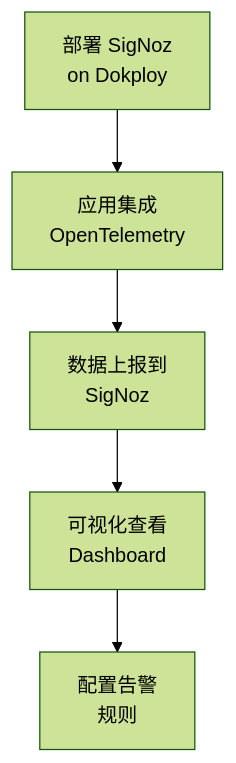
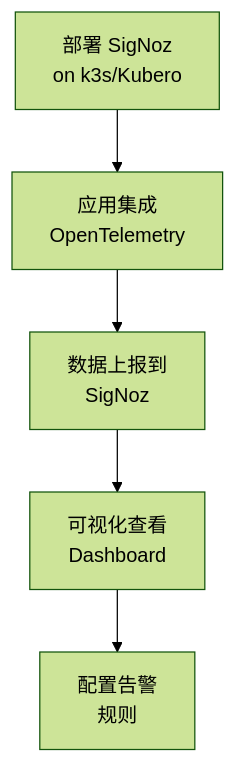
The sixth of 8 diagrams in docs/specs/tech/TRD-004.env_eaas_implementation.md (wangzitian0/PEG-scaner), drawn with Mermaid (forest theme) before and after one commit. The commit also changed other lines of this file and 9 other files, not shown here.

````diff
--- a/docs/specs/tech/TRD-004.env_eaas_implementation.md
+++ b/docs/specs/tech/TRD-004.env_eaas_implementation.md
@@ -189,7 +188,7 @@
 ```mermaid
 graph TB
-    A[部署 SigNoz<br/>on Dokploy] --> B[应用集成<br/>OpenTelemetry]
+    A[部署 SigNoz<br/>on k3s/Kubero] --> B[应用集成<br/>OpenTelemetry]
     B --> C[数据上报到<br/>SigNoz]
     C --> D[可视化查看<br/>Dashboard]
     D --> E[配置告警<br/>规则]
 ```
````
